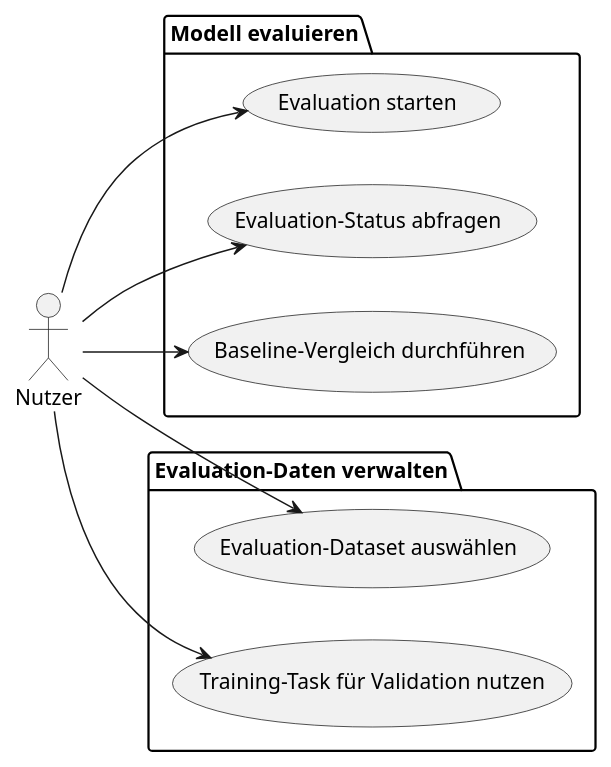
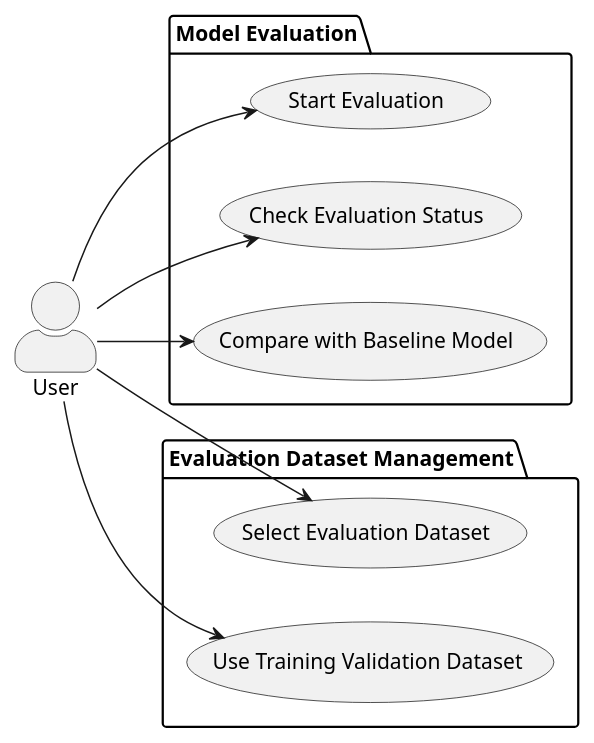
Before and after one commit to Yukasama/vectorize: the diagram in docs/diagrams/src/use-cases-evaluation.plantuml, drawn with PlantUML. The commit also changed 13 other files, not shown here.

```diff
--- a/docs/diagrams/src/use-cases-evaluation.plantuml
+++ b/docs/diagrams/src/use-cases-evaluation.plantuml
@@ -1,21 +1,23 @@
 @startuml use-cases-evaluation
 left to right direction
-actor Nutzer
+skinparam actorStyle awesome
+actor User
 
-package "Modell evaluieren" {
-    usecase "Evaluation starten" as EvaluationStarten
-    usecase "Evaluation-Status abfragen" as StatusAbfragen
-    usecase "Baseline-Vergleich durchführen" as BaselineVergleich
+package "Model Evaluation" {
+    usecase StartEvaluation as "Start Evaluation"
+    usecase CheckEvaluationStatus as "Check Evaluation Status"
+    usecase CompareWithBaseline as "Compare with Baseline Model"
 }
 
-package "Evaluation-Daten verwalten" {
-    usecase "Evaluation-Dataset auswählen" as DatasetAuswählen
-    usecase "Training-Task für Validation nutzen" as TrainingTaskNutzen
+package "Evaluation Dataset Management" {
+    usecase SelectEvaluationDataset as "Select Evaluation Dataset"
+    usecase UseTrainingValidationDataset as "Use Training Validation Dataset"
 }
 
-Nutzer --> EvaluationStarten
-Nutzer --> StatusAbfragen
-Nutzer --> BaselineVergleich
-Nutzer --> DatasetAuswählen
-Nutzer --> TrainingTaskNutzen
+User --> StartEvaluation
+User --> CheckEvaluationStatus
+User --> CompareWithBaseline
+User --> SelectEvaluationDataset
+User --> UseTrainingValidationDataset
+
 @enduml
```
